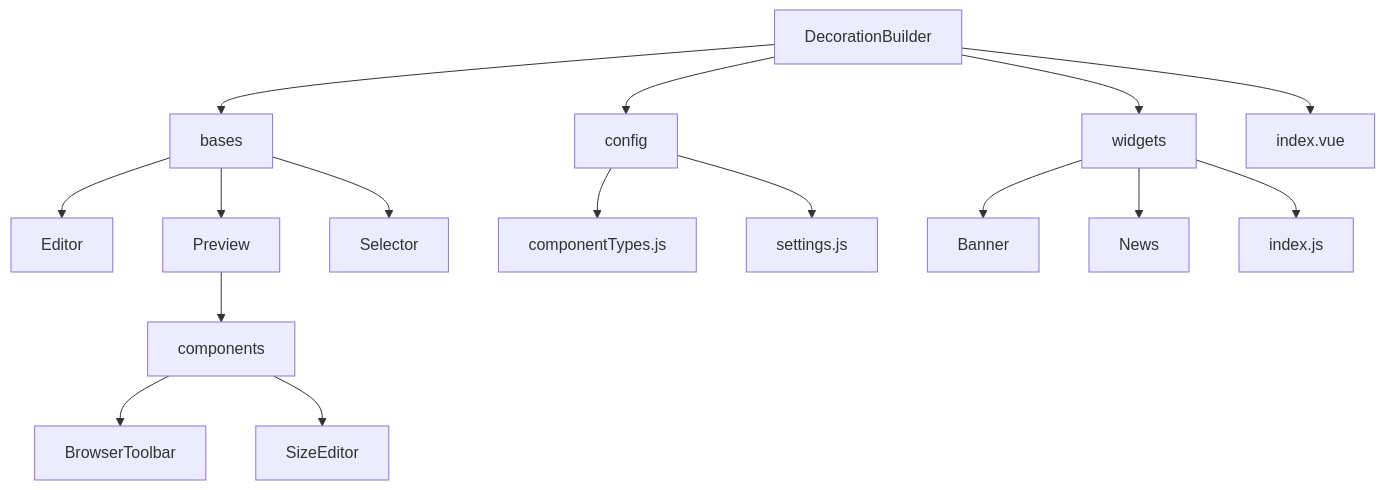
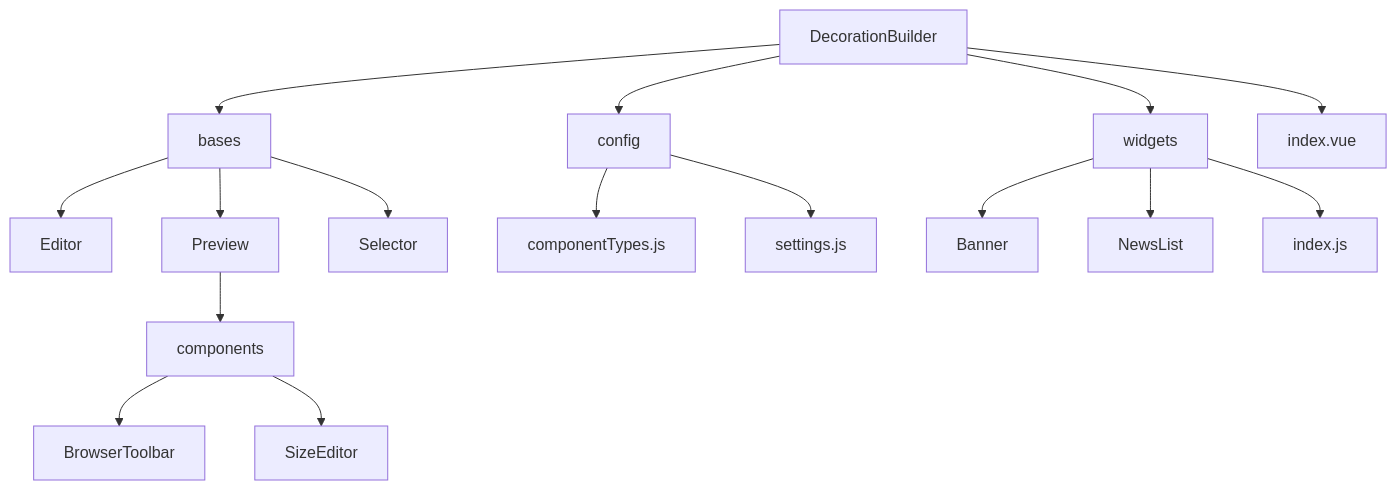
Before and after one commit to sunwenxu1997/decoration-demo: the diagram in README.md, drawn with Mermaid. The commit also changed other lines of this file and 7 other files, not shown here.

````diff
--- a/README.md
+++ b/README.md
@@ -45,22 +45,22 @@
 ```mermaid
 graph TD
     A[DecorationBuilder] --> B[bases]
     A --> C[config]
     A --> D[widgets]
     A --> E[index.vue]
     
     B --> F[Editor]
     B --> G[Preview]
     B --> H[Selector]
     
     G --> I[components]
     I --> J[BrowserToolbar]
     I --> K[SizeEditor]
     
     C --> L[componentTypes.js]
     C --> M[settings.js]
     
     D --> N[Banner]
-    D --> O[News]
+    D --> O[NewsList]
     D --> P[index.js]
 ```
````
